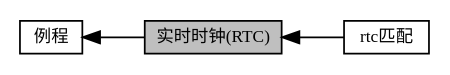
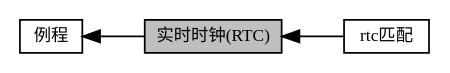
The diagram in group__am__demo__rtc__all.dot (cuishengen/cuishengen.github.io), drawn with Graphviz before and after one commit. The commit also changed 212 other files, not shown here.

```diff
--- a/group__am__demo__rtc__all.dot
+++ b/group__am__demo__rtc__all.dot
@@ -1,11 +1,11 @@
 digraph "实时时钟(RTC)"
 {
   edge [fontname="黑体",fontsize="10",labelfontname="黑体",labelfontsize="10"];
-  node [fontname="黑体",fontsize="10",shape=record];
+  node [fontname="黑体",fontsize="10",shape=box];
   rankdir=LR;
-  Node0 [label="实时时钟(RTC)",height=0.2,width=0.4,color="black", fillcolor="grey75", style="filled", fontcolor="black"];
-  Node2 [label="rtc匹配",height=0.2,width=0.4,color="black", fillcolor="white", style="filled",URL="$group__demo__if__rtc.html"];
-  Node1 [label="例程",height=0.2,width=0.4,color="black", fillcolor="white", style="filled",URL="$group__mwv__service__demo__device.html",tooltip="提供外设使用例程，例如SPI、I2C，UART "];
+  Node0 [label="实时时钟(RTC)",height=0.2,width=0.4,color="black", fillcolor="grey75", style="filled", fontcolor="black",tooltip="所有的RTC实时时钟相关例程"];
+  Node2 [label="rtc匹配",height=0.2,width=0.4,color="black", fillcolor="white", style="filled",URL="$group__demo__if__rtc.html",tooltip=" "];
+  Node1 [label="例程",height=0.2,width=0.4,color="black", fillcolor="white", style="filled",URL="$group__mwv__service__demo__device.html",tooltip="提供外设使用例程，例如SPI、I2C，UART"];
   Node1->Node0 [shape=plaintext, dir="back", style="solid"];
   Node0->Node2 [shape=plaintext, dir="back", style="solid"];
 }
```
